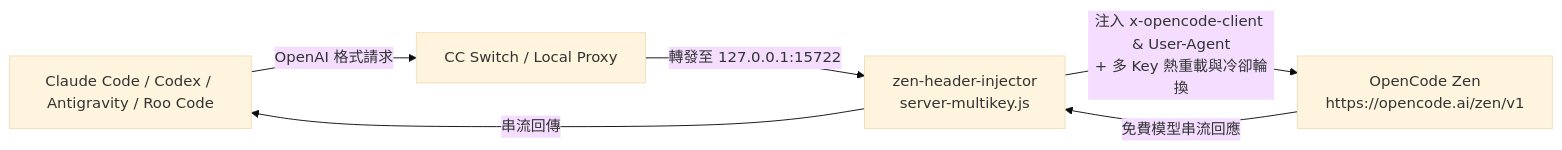
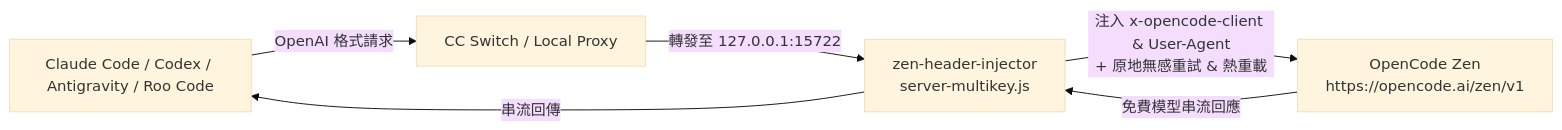
Before and after one commit to xup61069/HakkaAICODE: the second of 2 diagrams in README.md, drawn with Mermaid (base theme). The commit also changed other lines of this file and 11 other files, not shown here.

````diff
--- a/README.md
+++ b/README.md
@@ -104,8 +105,8 @@
 ```mermaid
 flowchart LR
     A[Claude Code / Codex / Antigravity / Roo Code] -->|OpenAI 格式請求| B[CC Switch / Local Proxy]
     B -->|轉發至 127.0.0.1:15722| C[zen-header-injector<br>server-multikey.js]
-    C -->|注入 x-opencode-client & User-Agent<br>+ 多 Key 熱重載與冷卻輪換| D[OpenCode Zen<br>https://opencode.ai/zen/v1]
+    C -->|注入 x-opencode-client & User-Agent<br>+ 原地無感重試 & 熱重載| D[OpenCode Zen<br>https://opencode.ai/zen/v1]
     D -->|免費模型串流回應| C
     C -->|串流回傳| A
 ```
````
